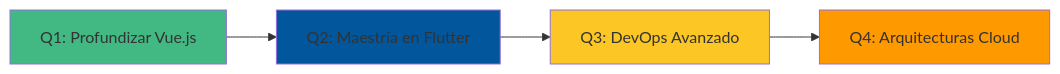
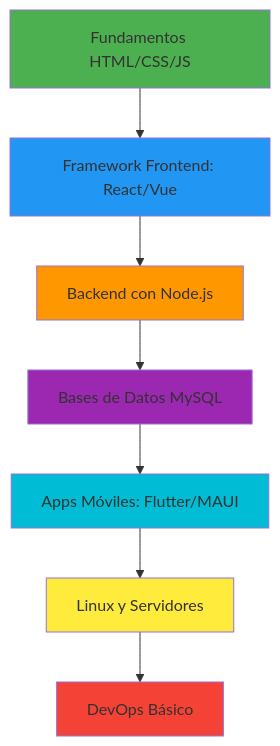
One commit to Doker367/Doker367 changed the diagram in README.md. Above: the diagram before and after it, drawn with Mermaid. The commit also changed other lines of this file, not shown here.

````diff
--- a/README.md
+++ b/README.md
@@ -168,11 +176,17 @@
 ```mermaid
-graph LR
-    A[Q1: Profundizar Vue.js] --> B[Q2: Maestría en Flutter]
-    B --> C[Q3: DevOps Avanzado]
-    C --> D[Q4: Arquitecturas Cloud]
+graph TD
+    A[Fundamentos HTML/CSS/JS] --> B[Framework Frontend: React/Vue]
+    B --> C[Backend con Node.js]
+    C --> D[Bases de Datos MySQL]
+    D --> E[Apps Móviles: Flutter/MAUI]
+    E --> F[Linux y Servidores]
+    F --> G[DevOps Básico]
     
-    style A fill:#42b883
-    style B fill:#02569B
-    style C fill:#FCC624
-    style D fill:#FF9900
+    style A fill:#4CAF50
+    style B fill:#2196F3
+    style C fill:#FF9800
+    style D fill:#9C27B0
+    style E fill:#00BCD4
+    style F fill:#FFEB3B
+    style G fill:#F44336
 ```
````
